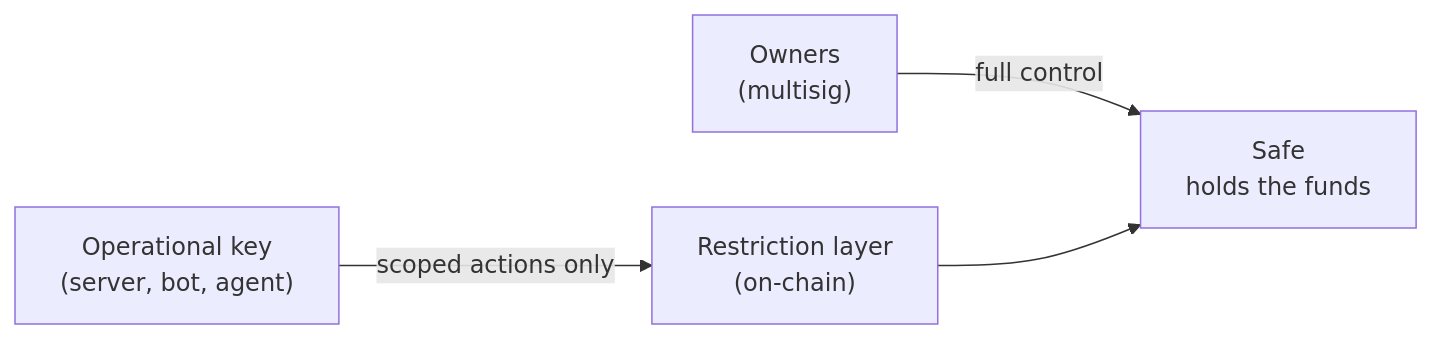
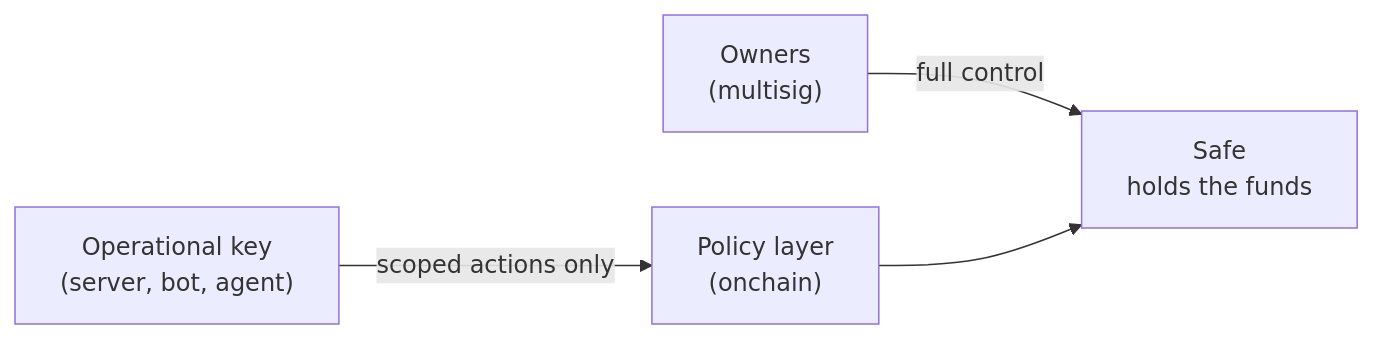
The diagram in README.md (theexoticman/binance-hack-solution), drawn with Mermaid before and after one commit. The commit also changed other lines of this file and 28 other files, not shown here.

````diff
--- a/README.md
+++ b/README.md
@@ -18,6 +31,6 @@
 ```mermaid
 flowchart LR
   owners["Owners<br/>(multisig)"] -->|full control| safe["Safe<br/>holds the funds"]
-  key["Operational key<br/>(server, bot, agent)"] -->|scoped actions only| layer["Restriction layer<br/>(on-chain)"]
+  key["Operational key<br/>(server, bot, agent)"] -->|scoped actions only| layer["Policy layer<br/>(onchain)"]
   layer --> safe
 ```
````
